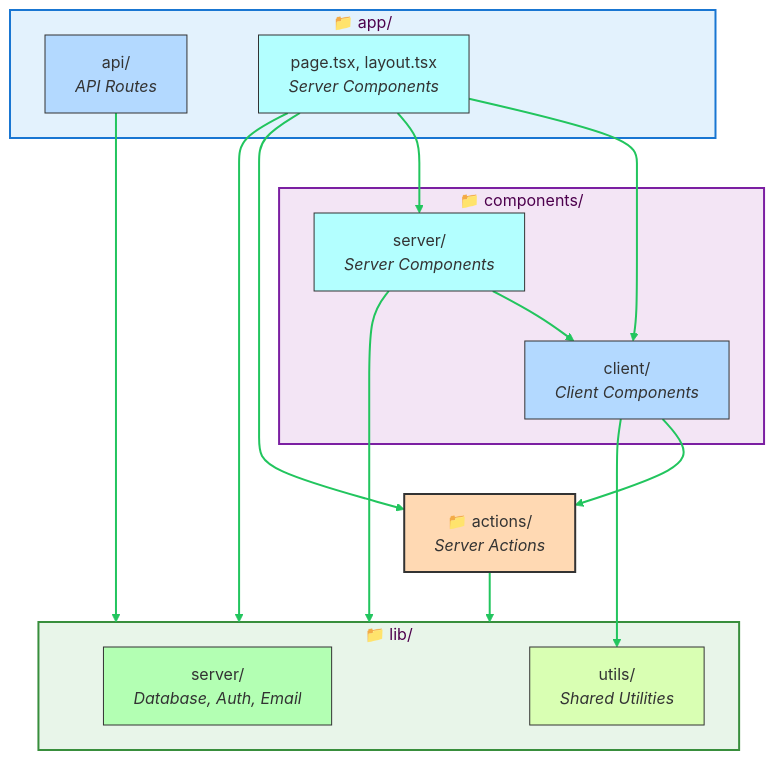
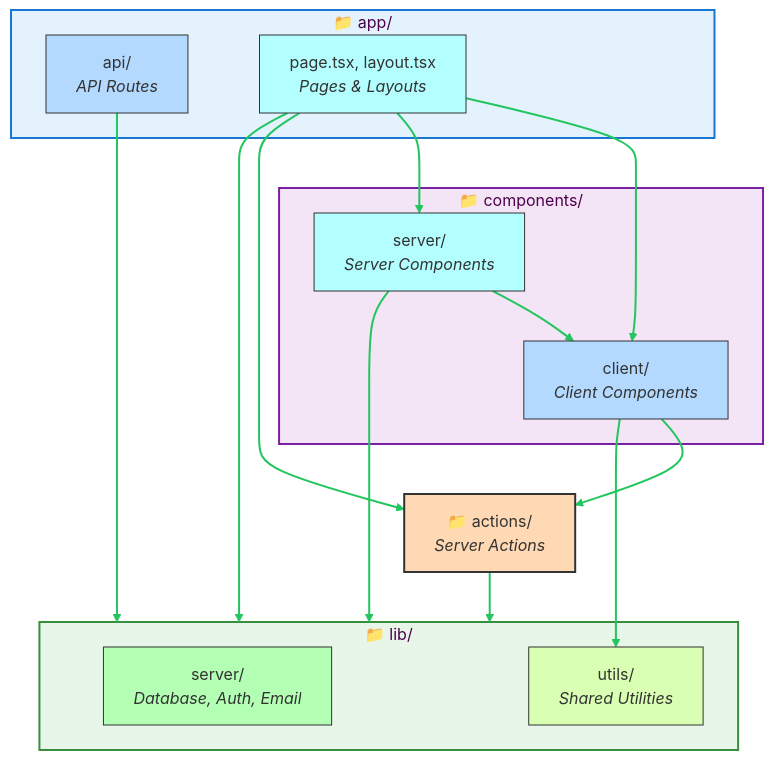
Before and after one commit to stricture-dev/stricture: the diagram in examples/simple-nextjs/README.md, drawn with Mermaid. The commit also changed 1 other file, not shown here.

Commit message:
docs: clarify app pages label in nextjs diagrams
Changed AppPages label from "Server Components" to "Pages & Layouts"
to avoid confusion with reusable Server Components in components/server/.

The distinction is now clearer:
- app/: Route-defining files (page.tsx, layout.tsx)
- components/server/: Reusable Server Components

````diff
--- a/examples/simple-nextjs/README.md
+++ b/examples/simple-nextjs/README.md
@@ -21,45 +21,45 @@
 ```mermaid
 %%{init: {'theme':'base', 'themeVariables': { 'primaryColor':'hsl(210, 100%, 85%)','primaryBorderColor':'hsl(210, 100%, 70%)','secondaryColor':'hsl(180, 100%, 85%)','secondaryBorderColor':'hsl(180, 100%, 70%)','tertiaryColor':'hsl(120, 100%, 85%)','tertiaryBorderColor':'hsl(120, 100%, 70%)'}}}%%
 graph TB
     subgraph app["📁 app/"]
         AppAPI["api/<br/><i>API Routes</i>"]
-        AppPages["page.tsx, layout.tsx<br/><i>Server Components</i>"]
+        AppPages["page.tsx, layout.tsx<br/><i>Pages & Layouts</i>"]
     end
 
     subgraph components["📁 components/"]
         CompServer["server/<br/><i>Server Components</i>"]
         CompClient["client/<br/><i>Client Components</i>"]
     end
 
     Actions["📁 actions/<br/><i>Server Actions</i>"]
 
     subgraph lib["📁 lib/"]
         LibServer["server/<br/><i>Database, Auth, Email</i>"]
         LibUtils["utils/<br/><i>Shared Utilities</i>"]
     end
 
     AppPages --> CompClient
     AppPages --> CompServer
     AppPages --> Actions
     AppPages --> lib
     AppAPI --> lib
     CompServer --> CompClient
     CompServer --> lib
     CompClient --> Actions
     CompClient --> LibUtils
     Actions --> lib
 
     style app fill:#e3f2fd,stroke:#1976d2,stroke-width:2px
     style components fill:#f3e5f5,stroke:#7b1fa2,stroke-width:2px
     style lib fill:#e8f5e9,stroke:#388e3c,stroke-width:2px
 
     style AppAPI fill:#b3d9ff,stroke:#333,stroke-width:1px
     style AppPages fill:#b3ffff,stroke:#333,stroke-width:1px
     style CompServer fill:#b3ffff,stroke:#333,stroke-width:1px
     style CompClient fill:#b3d9ff,stroke:#333,stroke-width:1px
     style Actions fill:#ffd9b3,stroke:#333,stroke-width:2px
     style LibServer fill:#b3ffb3,stroke:#333,stroke-width:1px
     style LibUtils fill:#d9ffb3,stroke:#333,stroke-width:1px
 
     linkStyle 0,1,2,3,4,5,6,7,8,9 stroke:#22c55e,stroke-width:2px
 ```
````
